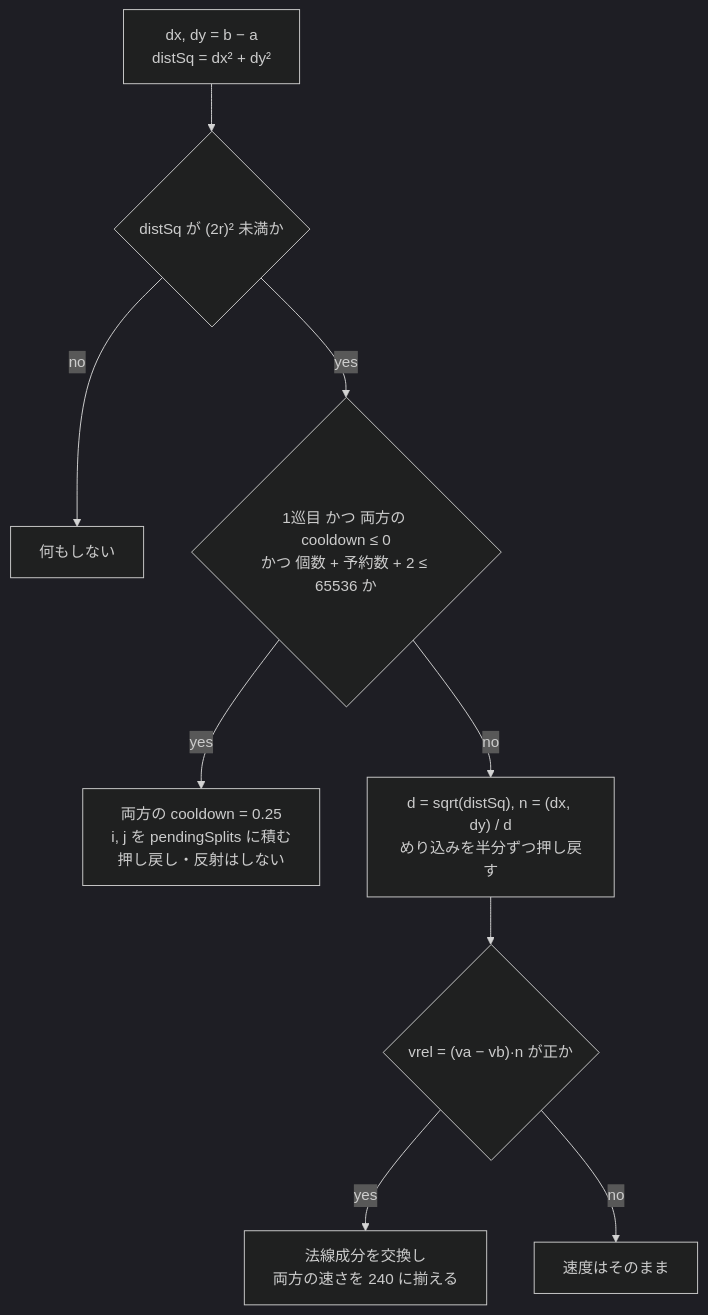
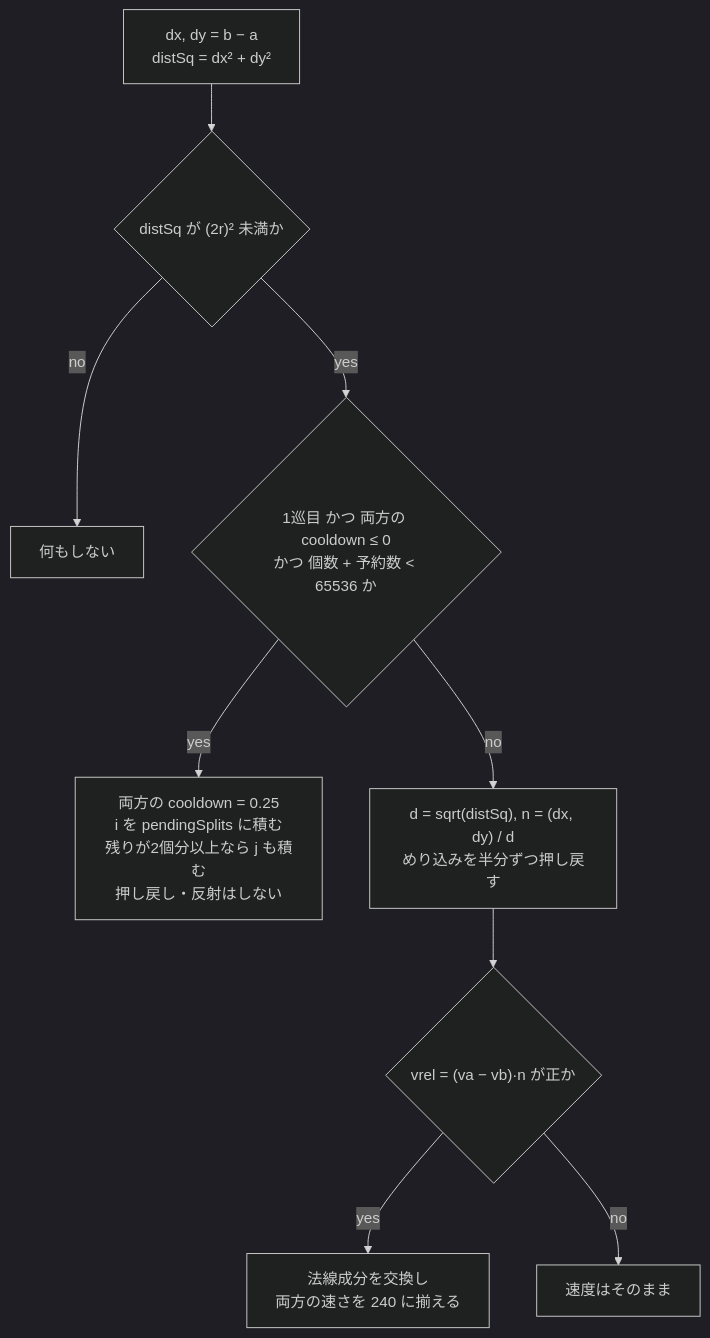
Before and after one commit to mocaluna0117/ball-split: the third of 3 diagrams in docs/portfolio/TECHNICAL.md, drawn with Mermaid (dark theme). The commit also changed other lines of this file and 1 other file, not shown here.

````diff
--- a/docs/portfolio/TECHNICAL.md
+++ b/docs/portfolio/TECHNICAL.md
@@ -225,11 +225,11 @@
 ```mermaid
 flowchart TD
   A["dx, dy = b − a<br>distSq = dx² + dy²"] --> B{"distSq が (2r)² 未満か"}
   B -- no --> Z["何もしない"]
-  B -- yes --> C{"1巡目 かつ 両方の cooldown ≤ 0<br>かつ 個数 + 予約数 + 2 ≤ 65536 か"}
-  C -- yes --> D["両方の cooldown = 0.25<br>i, j を pendingSplits に積む<br>押し戻し・反射はしない"]
+  B -- yes --> C{"1巡目 かつ 両方の cooldown ≤ 0<br>かつ 個数 + 予約数 < 65536 か"}
+  C -- yes --> D["両方の cooldown = 0.25<br>i を pendingSplits に積む<br>残りが2個分以上なら j も積む<br>押し戻し・反射はしない"]
   C -- no --> E["d = sqrt(distSq), n = (dx, dy) / d<br>めり込みを半分ずつ押し戻す"]
   E --> F{"vrel = (va − vb)·n が正か"}
   F -- yes --> G["法線成分を交換し<br>両方の速さを 240 に揃える"]
   F -- no --> H["速度はそのまま"]
 ```
````
